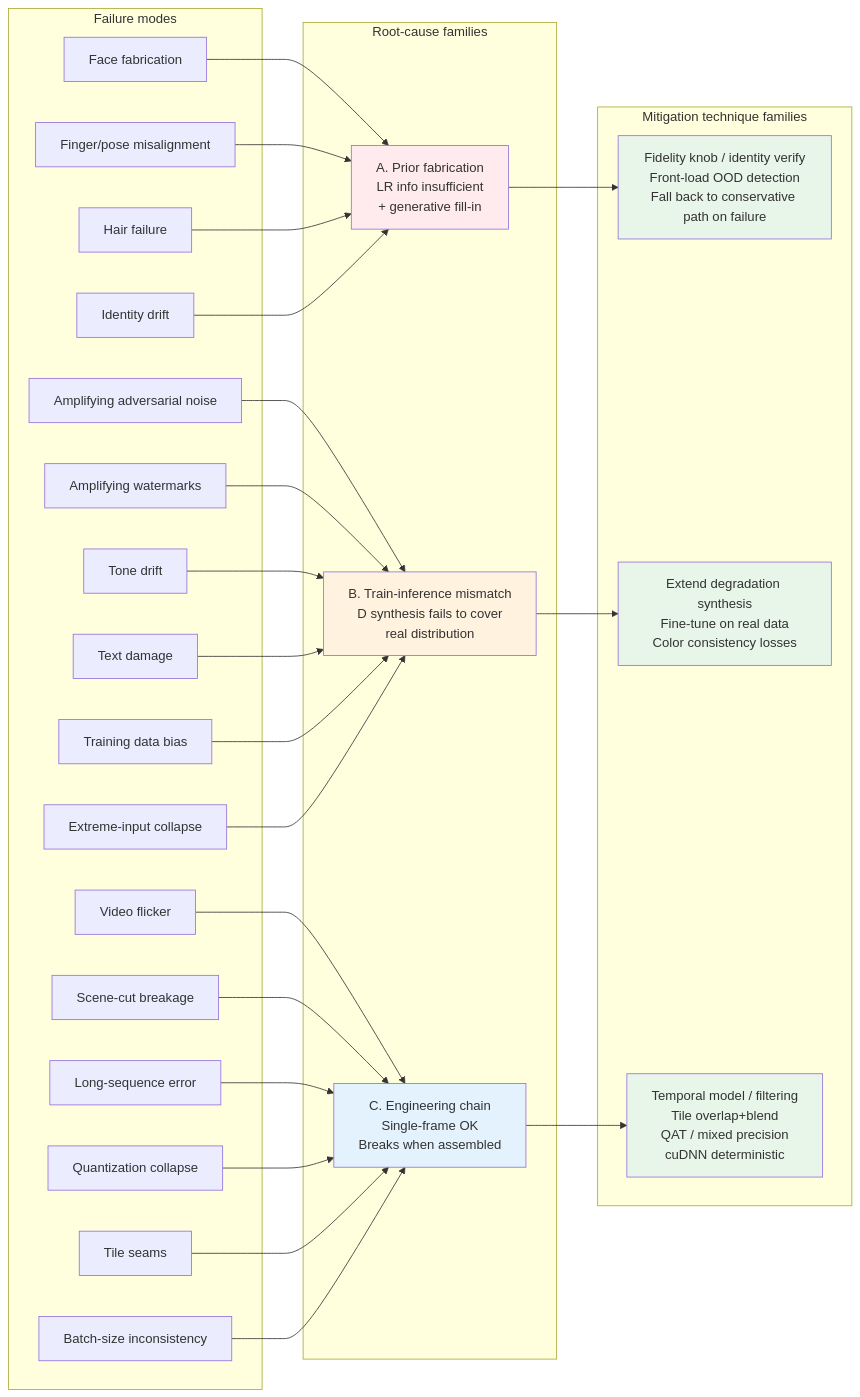
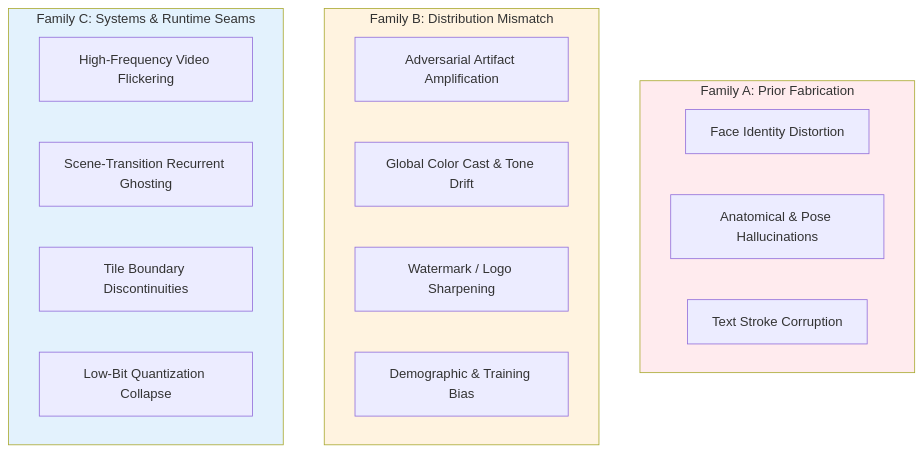
One commit to yingwang/image-enhancement-guide changed the first of 3 diagrams in en/chapters/17-failures.md. Above: the diagram before and after it, drawn with Mermaid. The commit also changed other lines of this file and 18 other files, not shown here.

````diff
--- a/en/chapters/17-failures.md
+++ b/en/chapters/17-failures.md
@@ -61,61 +24,26 @@
 ```mermaid
-graph LR
-    subgraph FailureModes[Failure modes]
-        F1[Face fabrication]
-        F2[Finger/pose misalignment]
-        F3[Hair failure]
-        F4[Identity drift]
-        F5[Amplifying adversarial noise]
-        F6[Amplifying watermarks]
-        F7[Tone drift]
-        F8[Text damage]
-        F9[Training data bias]
-        F10[Extreme-input collapse]
-        F11[Video flicker]
-        F12[Scene-cut breakage]
-        F13[Long-sequence error]
-        F14[Quantization collapse]
-        F15[Tile seams]
-        F16[Batch-size inconsistency]
+graph TD
+    subgraph FamilyA[Family A: Prior Fabrication]
+        F1[Face Identity Distortion]
+        F2[Anatomical & Pose Hallucinations]
+        F3[Text Stroke Corruption]
     end
 
-    subgraph RootCauses[Root-cause families]
-        RA[A. Prior fabrication<br/>LR info insufficient<br/>+ generative fill-in]
-        RB[B. Train-inference mismatch<br/>D synthesis fails to cover<br/>real distribution]
-        RC[C. Engineering chain<br/>Single-frame OK<br/>Breaks when assembled]
+    subgraph FamilyB[Family B: Distribution Mismatch]
+        F4[Adversarial Artifact Amplification]
+        F5[Global Color Cast & Tone Drift]
+        F6[Watermark / Logo Sharpening]
+        F7[Demographic & Training Bias]
     end
 
-    subgraph Mitigations[Mitigation technique families]
-        MA[Fidelity knob / identity verify<br/>Front-load OOD detection<br/>Fall back to conservative path on failure]
-        MB[Extend degradation synthesis<br/>Fine-tune on real data<br/>Color consistency losses]
-        MC[Temporal model / filtering<br/>Tile overlap+blend<br/>QAT / mixed precision<br/>cuDNN deterministic]
+    subgraph FamilyC[Family C: Systems & Runtime Seams]
+        F8[High-Frequency Video Flickering]
+        F9[Scene-Transition Recurrent Ghosting]
+        F10[Tile Boundary Discontinuities]
+        F11[Low-Bit Quantization Collapse]
     end
 
-    F1 --> RA
-    F2 --> RA
-    F3 --> RA
-    F4 --> RA
-    F5 --> RB
-    F6 --> RB
-    F7 --> RB
-    F8 --> RB
-    F9 --> RB
-    F10 --> RB
-    F11 --> RC
-    F12 --> RC
-    F13 --> RC
-    F14 --> RC
-    F15 --> RC
-    F16 --> RC
-
-    RA --> MA
-    RB --> MB
-    RC --> MC
-
-    style RA fill:#ffebee
-    style RB fill:#fff3e0
-    style RC fill:#e3f2fd
-    style MA fill:#e8f5e9
-    style MB fill:#e8f5e9
-    style MC fill:#e8f5e9
+    style FamilyA fill:#ffebee
+    style FamilyB fill:#fff3e0
+    style FamilyC fill:#e3f2fd
 ```
````
